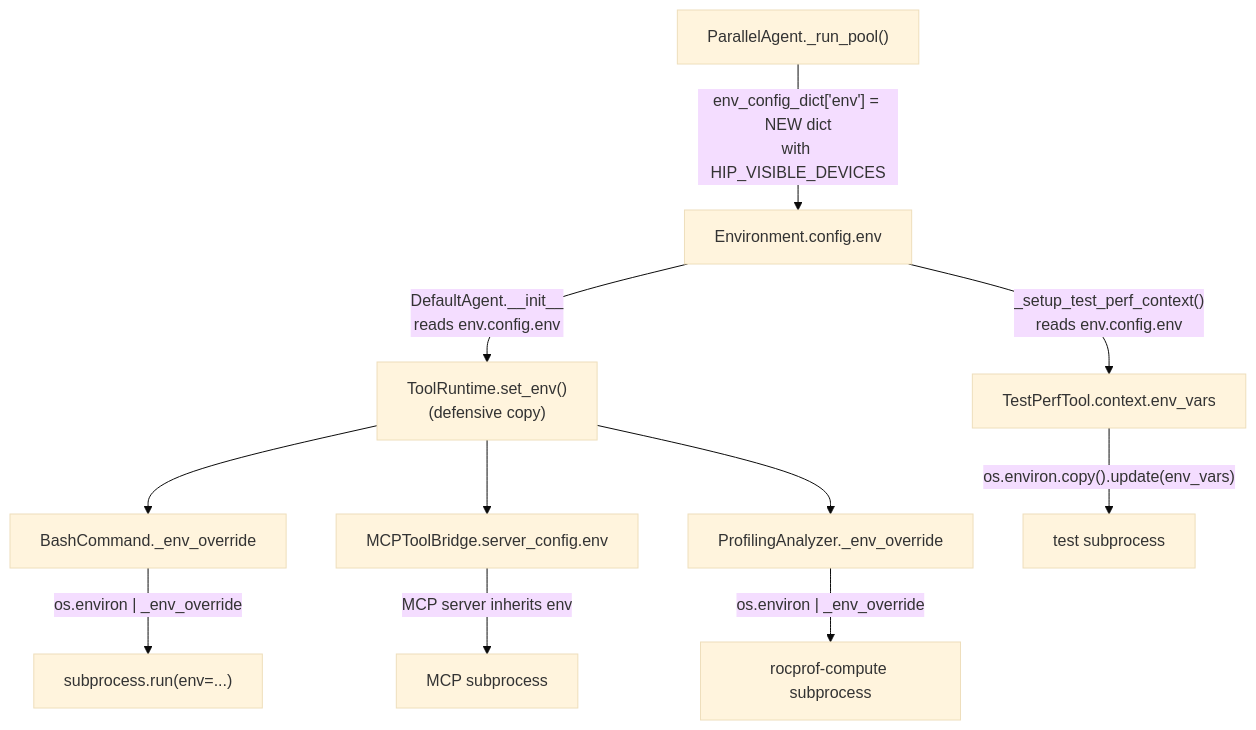
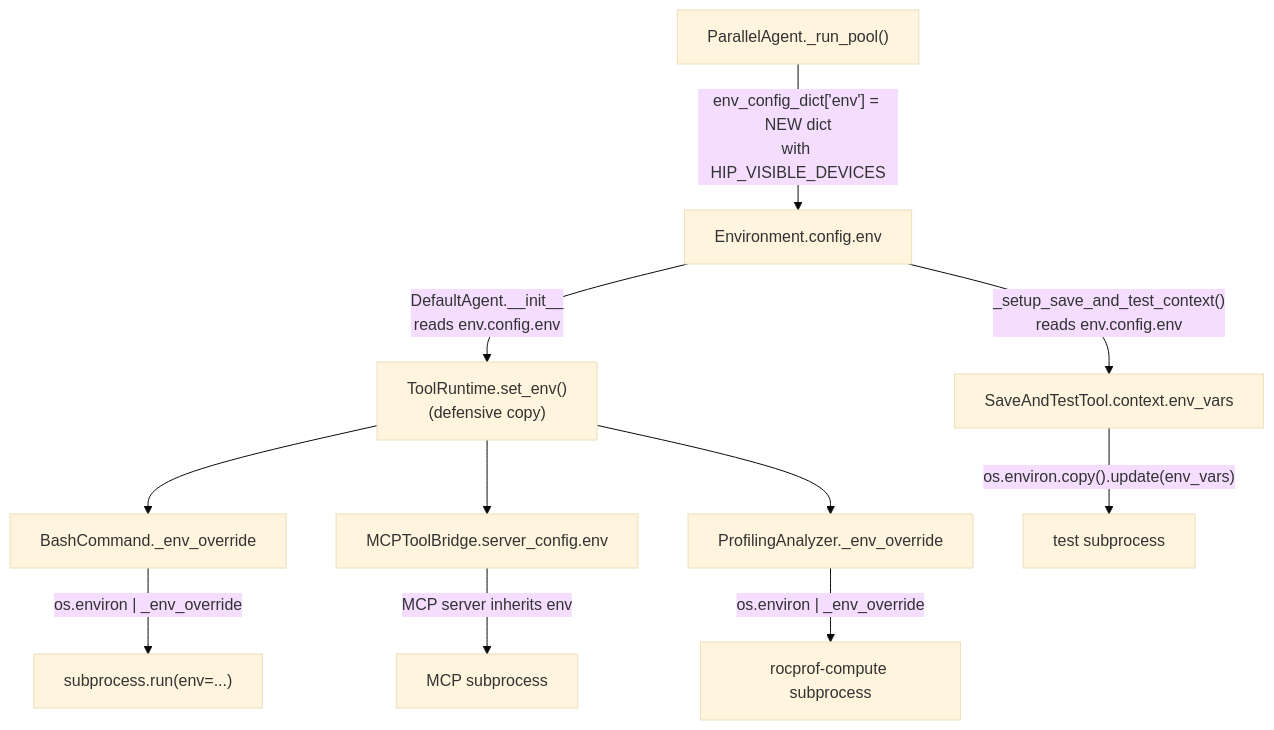
One commit to AMD-AGI/GEAK changed the diagram in docs/gpu-isolation.md. Above: the diagram before and after it, drawn with Mermaid (base theme). The commit also changed 23 other files, not shown here.

First line of the commit message:
Expand COMMANDMENT to 5 sections, rename test_perf to save_and_test, add per-round evaluation

````diff
--- a/docs/gpu-isolation.md
+++ b/docs/gpu-isolation.md
@@ -11,14 +11,14 @@
 ```mermaid
 flowchart TD
     PA["ParallelAgent._run_pool()"] -->|"env_config_dict['env'] = NEW dict\nwith HIP_VISIBLE_DEVICES"| ENV["Environment.config.env"]
     ENV -->|"DefaultAgent.__init__\nreads env.config.env"| SET_ENV["ToolRuntime.set_env()\n(defensive copy)"]
     SET_ENV --> BASH["BashCommand._env_override"]
     SET_ENV --> MCP["MCPToolBridge.server_config.env"]
     SET_ENV --> PROF["ProfilingAnalyzer._env_override"]
-    ENV -->|"_setup_test_perf_context()\nreads env.config.env"| TP["TestPerfTool.context.env_vars"]
+    ENV -->|"_setup_save_and_test_context()\nreads env.config.env"| TP["SaveAndTestTool.context.env_vars"]
 
     BASH -->|"os.environ | _env_override"| SUB1["subprocess.run(env=...)"]
     MCP -->|"MCP server inherits env"| SUB2["MCP subprocess"]
     TP -->|"os.environ.copy().update(env_vars)"| SUB3["test subprocess"]
     PROF -->|"os.environ | _env_override"| SUB4["rocprof-compute subprocess"]
 ```
````
